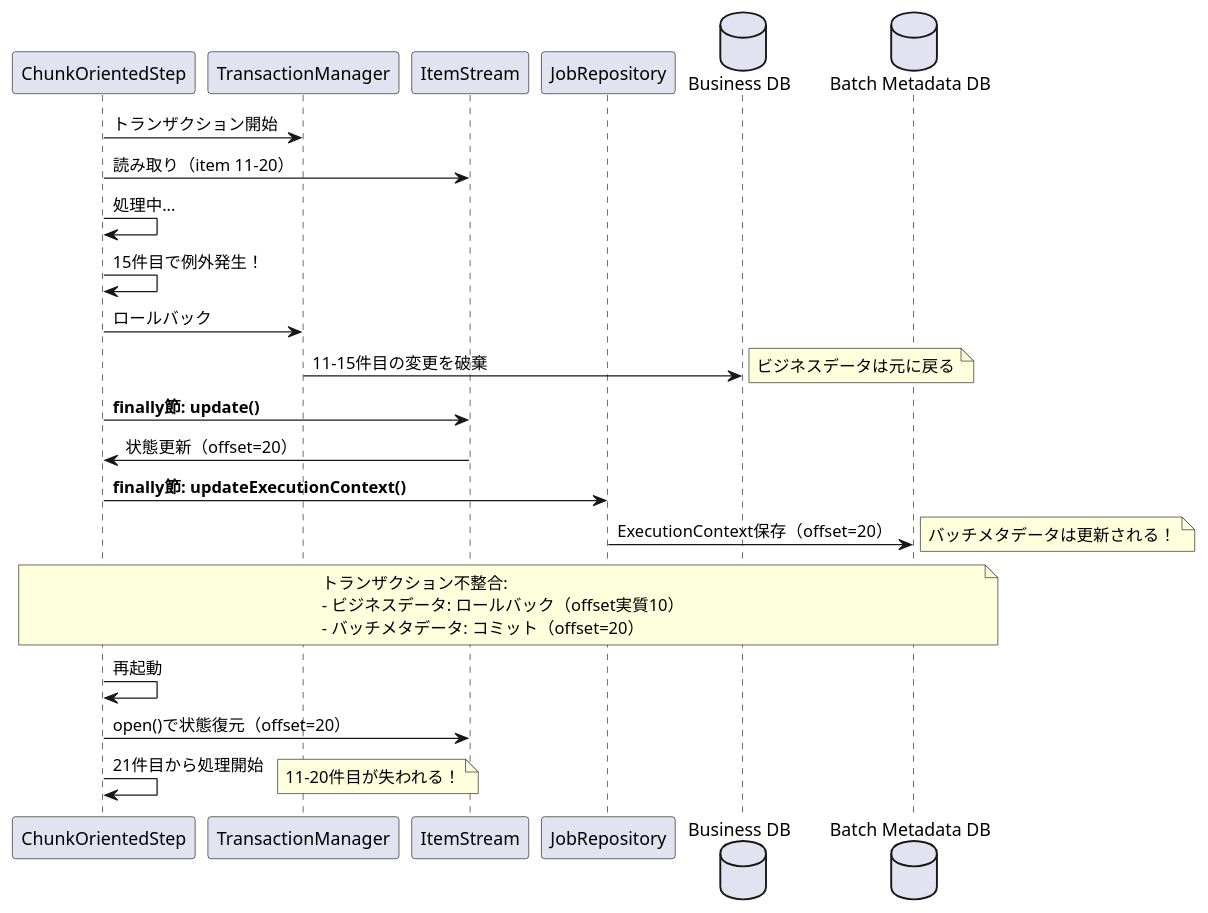
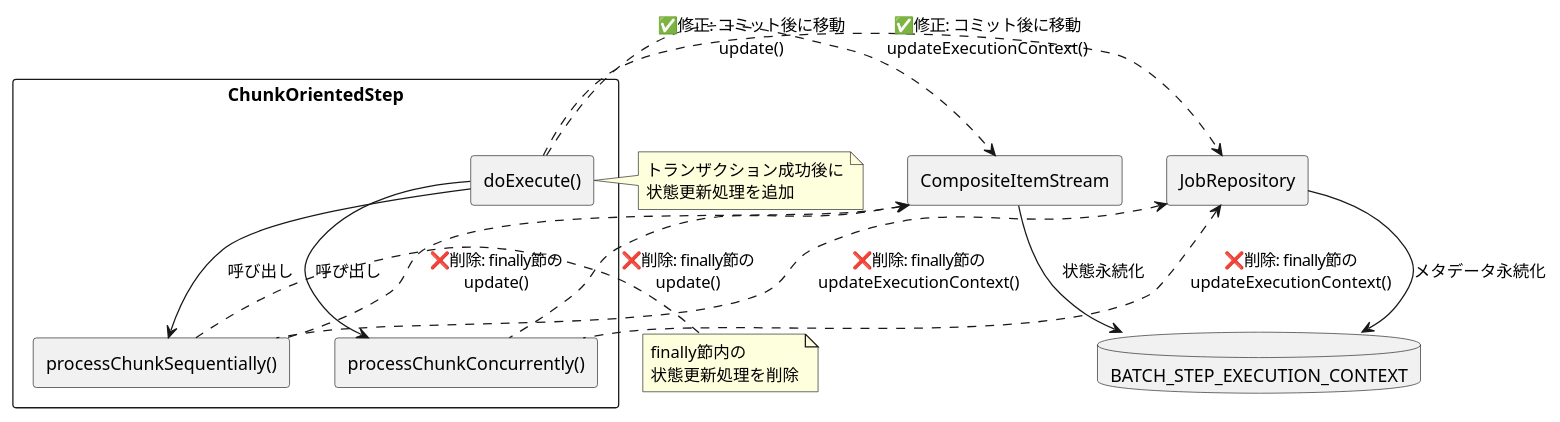
One commit to mochimoching/github_issue_translate changed the fifth of 6 diagrams in output/spring-batch/6.0.2/open/current/markdown/issues_summary/issue_5182.md. Above: the diagram before and after it, drawn with PlantUML. The commit also changed other lines of this file and 27 other files, not shown here.

````diff
--- a/output/spring-batch/6.0.2/open/current/markdown/issues_summary/issue_5182.md
+++ b/output/spring-batch/6.0.2/open/current/markdown/issues_summary/issue_5182.md
@@ -86,35 +302,44 @@
 ```plantuml
 @startuml
-participant "ChunkOrientedStep" as Step
-participant "TransactionManager" as TX
-participant "ItemStream" as Stream
-participant "JobRepository" as Repo
-database "Business DB" as BizDB
-database "Batch Metadata DB" as BatchDB
+skinparam componentStyle rectangle
+skinparam backgroundColor transparent
+skinparam state {
+  MinimumWidth 200
+}
+component "ChunkOrientedStep" as Step {
+  component "doExecute()" as DoExecute
+  component "processChunkSequentially()" as Sequential
+  component "processChunkConcurrently()" as Concurrent
+}
 
-Step -> TX: トランザクション開始
-Step -> Stream: 読み取り（item 11-20）
-Step -> Step: 処理中...
-Step -> Step: 15件目で例外発生！
-Step -> TX: ロールバック
-TX -> BizDB: 11-15件目の変更を破棄
-note right: ビジネスデータは元に戻る
+component "CompositeItemStream" as Stream
+component "JobRepository" as Repo
+database "BATCH_STEP_EXECUTION_CONTEXT" as DB
 
-Step -> Stream: **finally節: update()**
-Stream -> Step: 状態更新（offset=20）
-Step -> Repo: **finally節: updateExecutionContext()**
-Repo -> BatchDB: ExecutionContext保存（offset=20）
-note right: バッチメタデータは更新される！
+DoExecute --> Sequential: 呼び出し
+DoExecute --> Concurrent: 呼び出し
 
-note over Step, BatchDB
-  トランザクション不整合:
-  - ビジネスデータ: ロールバック（offset実質10）
-  - バッチメタデータ: コミット（offset=20）
+DoExecute ..> Stream: ✅修正: コミット後に移動\nupdate()
+DoExecute ..> Repo: ✅修正: コミット後に移動\nupdateExecutionContext()
+
+Sequential .up.> Stream: ❌削除: finally節の\nupdate()
+Sequential .up.> Repo: ❌削除: finally節の\nupdateExecutionContext()
+
+Concurrent .up.> Stream: ❌削除: finally節の\nupdate()
+Concurrent .up.> Repo: ❌削除: finally節の\nupdateExecutionContext()
+
+Stream --> DB: 状態永続化
+Repo --> DB: メタデータ永続化
+
+note right of Sequential
+  finally節内の
+  状態更新処理を削除
 end note
 
-Step -> Step: 再起動
-Step -> Stream: open()で状態復元（offset=20）
-Step -> Step: 21件目から処理開始
-note right: 11-20件目が失われる！
+note right of DoExecute
+  トランザクション成功後に
+  状態更新処理を追加
+end note
+
 @enduml
 ```
````
